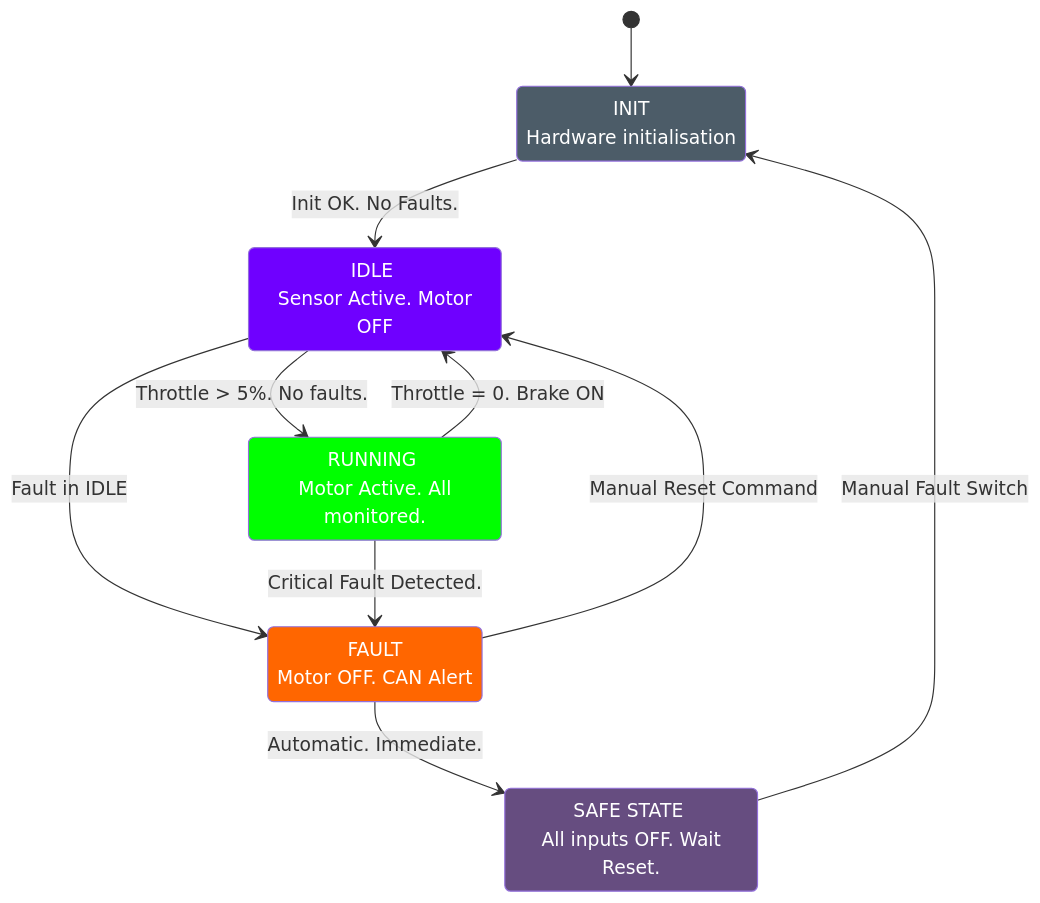
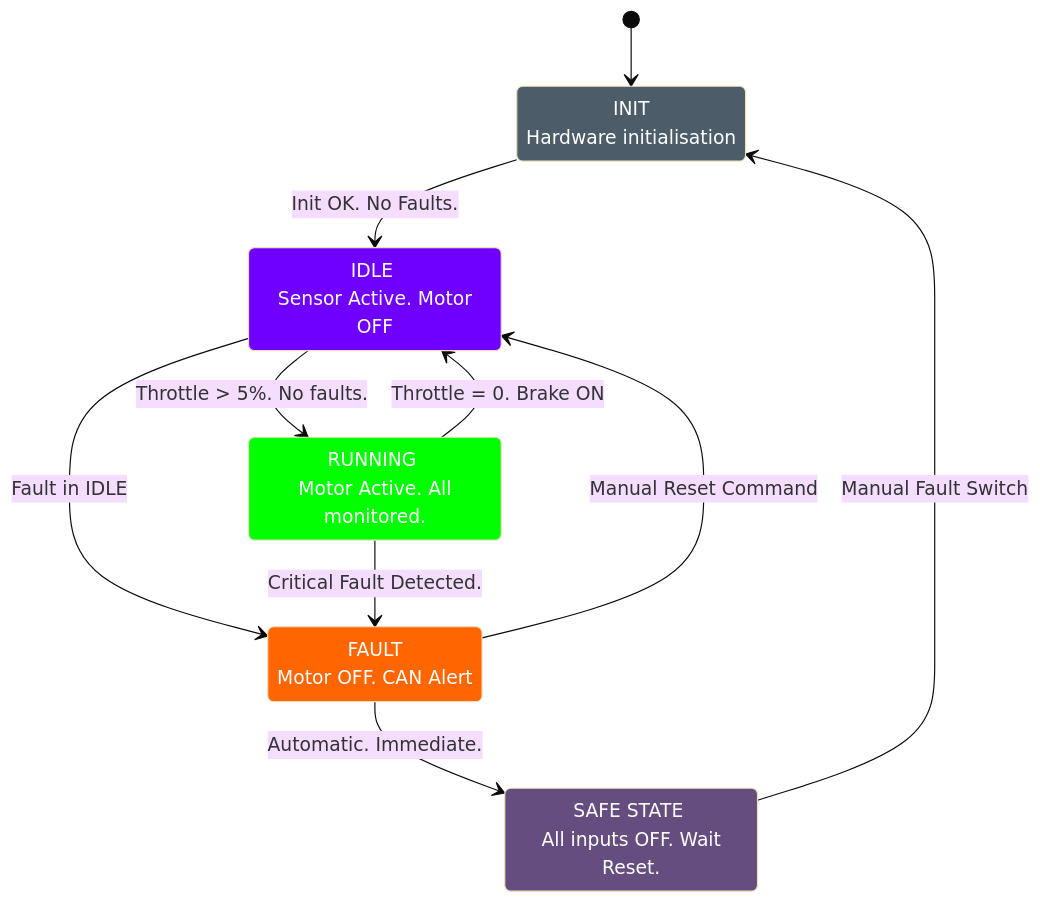
One commit to basesync/ev-ecu-system changed the third of 3 diagrams in Docs/04_system_design.md. Above: the diagram before and after it, drawn with Mermaid. The commit also changed other lines of this file and 10 other files, not shown here.

````diff
--- a/Docs/04_system_design.md
+++ b/Docs/04_system_design.md
@@ -288,28 +310,29 @@
 ```mermaid
+%%{init: {'theme': 'base'}}%%
 stateDiagram-v2
     [*] --> INIT
     INIT: INIT <br/> Hardware initialisation
     IDLE: IDLE <br/> Sensor Active. Motor OFF
     RUNNING: RUNNING <br/> Motor Active. All monitored.
     FAULT: FAULT <br/> Motor OFF. CAN Alert
     SAFE_STATE: SAFE STATE <br/> All inputs OFF. Wait Reset.
 
     INIT --> IDLE : Init OK. No Faults.
 
     IDLE --> RUNNING : Throttle > 5%. No faults.
     RUNNING --> IDLE : Throttle = 0. Brake ON
 
     IDLE --> FAULT : Fault in IDLE
     RUNNING --> FAULT : Critical Fault Detected.
 
     FAULT --> SAFE_STATE : Automatic. Immediate.
 
     SAFE_STATE --> INIT : Manual Fault Switch
     FAULT --> IDLE : Manual Reset Command
 
     style INIT fill:#4C5C68,color:white
     style IDLE fill:#6F00FF,color:white
     style RUNNING fill:#00FF00,color:white
     style FAULT fill:#FF6600,color:white
     style SAFE_STATE fill:#664D80,color:white
 ```
````
